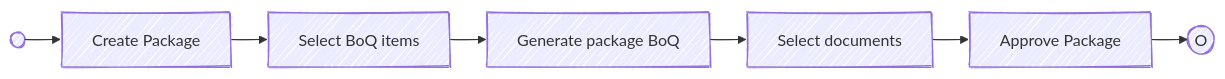
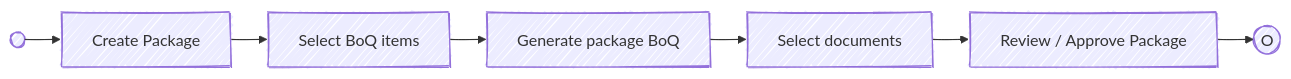
The second of 3 diagrams in README.md (ScubaSteveInAus/BuildFlow), drawn with Mermaid before and after one commit. The commit also changed other lines of this file, not shown here.

````diff
--- a/README.md
+++ b/README.md
@@ -29,14 +32,14 @@
 ```mermaid
 ---
 config:
   layout: elk
   look: handDrawn
 ---
 flowchart LR
   A((    )) --> B[Create Package]
   B --> C[Select BoQ items]
   C --> D[Generate package BoQ]
   D --> E[Select documents]
-  E --> F[Approve Package]
+  E --> F[Review / Approve Package]
   F --> G((O))
 ```
````
